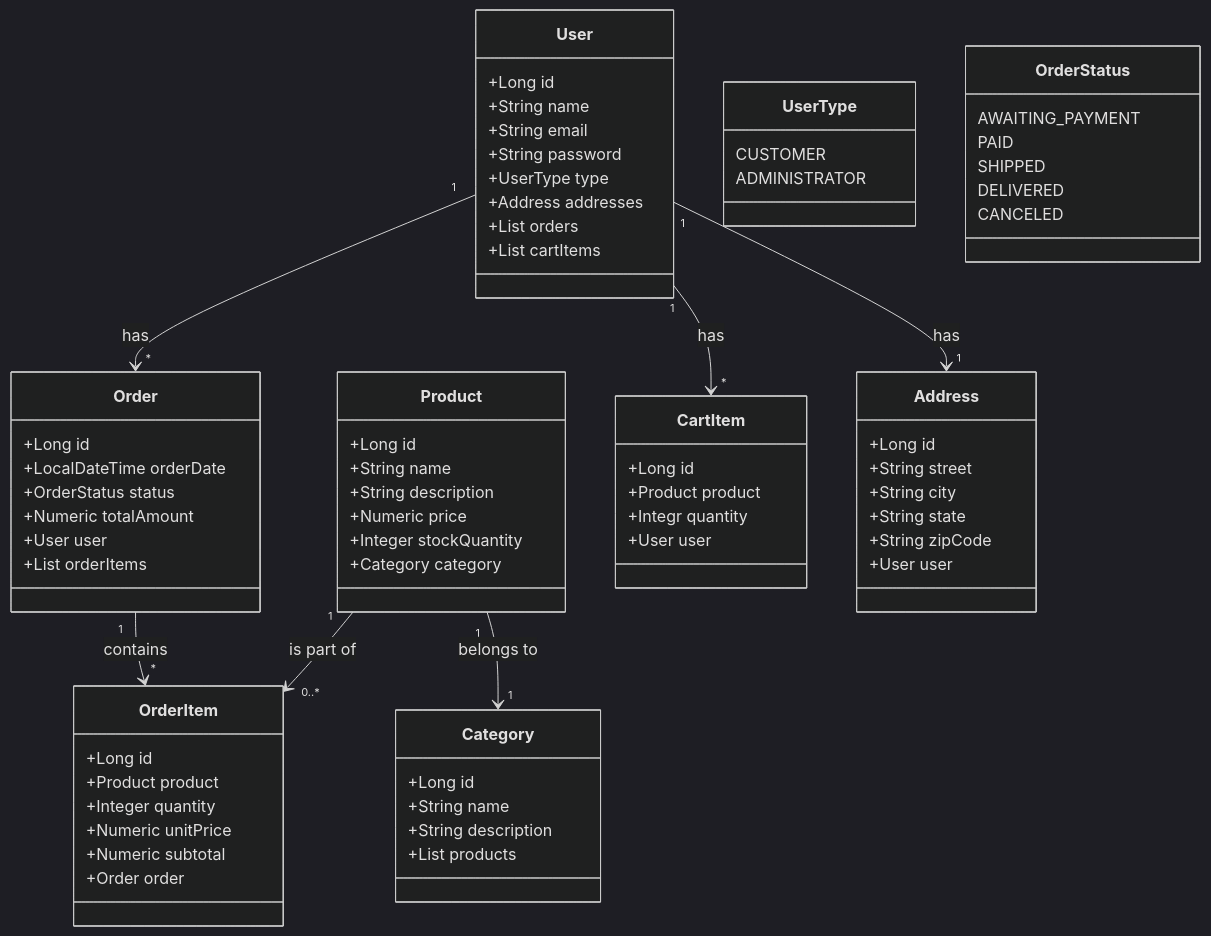
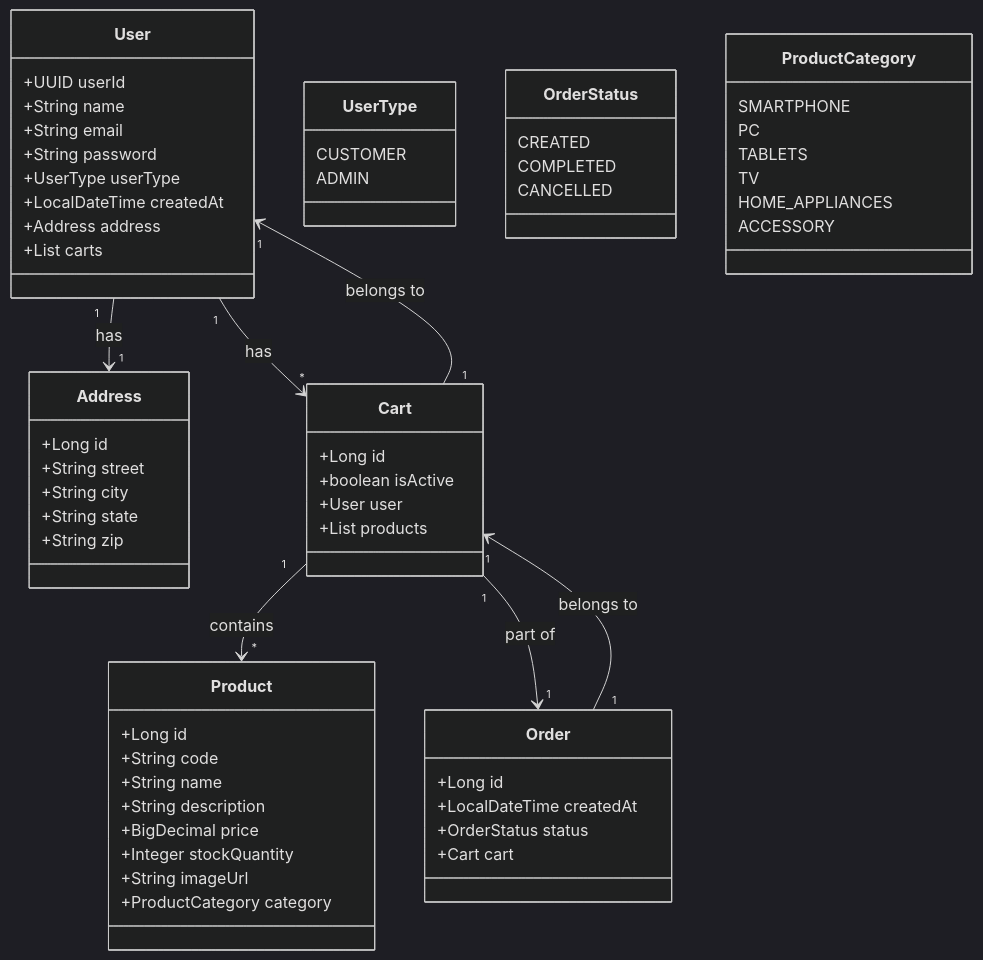
One commit to Wesley00s/RESTFul-Ecommerce-API changed the diagram in README.md. Above: the diagram before and after it, drawn with Mermaid (dark theme). The commit also changed other lines of this file, not shown here.

````diff
--- a/README.md
+++ b/README.md
@@ -6,48 +8,14 @@
 ```mermaid
-  classDiagram
+classDiagram
     class User {
-        +Long id
+        +UUID userId
         +String name
         +String email
         +String password
-        +UserType type
-        +Address addresses
-        +List<Order> orders
-        +List<CartItem> cartItems
-    }
-
-    class Product {
-        +Long id
-        +String name
-        +String description
-        +Numeric price
-        +Integer stockQuantity
-        +Category category
-    }
-
-    class Order {
-        +Long id
-        +LocalDateTime orderDate
-        +OrderStatus status
-        +Numeric totalAmount
-        +User user
-        +List<OrderItem> orderItems
-    }
-
-    class OrderItem {
-        +Long id
-        +Product product
-        +Integer quantity
-        +Numeric unitPrice
-        +Numeric subtotal
-        +Order order
-    }
-
-    class CartItem {
-        +Long id
-        +Product product
-        +Integr quantity
-        +User user
+        +UserType userType
+        +LocalDateTime createdAt
+        +Address address
+        +List<Cart> carts
     }
 
     class Address {
@@ -55,35 +23,59 @@
         +String street
         +String city
         +String state
-        +String zipCode
-        +User user
+        +String zip
     }
 
-    class Category {
+    class Cart {
         +Long id
+        +boolean isActive
+        +User user
+        +List<Product> products
+    }
+
+    class Order {
+        +Long id
+        +LocalDateTime createdAt
+        +OrderStatus status
+        +Cart cart
+    }
+
+    class Product {
+        +Long id
+        +String code
         +String name
         +String description
-        +List<Product> products
+        +BigDecimal price
+        +Integer stockQuantity
+        +String imageUrl
+        +ProductCategory category
     }
 
     class UserType {
         CUSTOMER
-        ADMINISTRATOR
+        ADMIN
     }
 
     class OrderStatus {
-        AWAITING_PAYMENT
-        PAID
-        SHIPPED
-        DELIVERED
-        CANCELED
+        CREATED
+        COMPLETED
+        CANCELLED
     }
 
-    User "1" --> "*" Order : has
+    class ProductCategory {
+        SMARTPHONE
+        PC
+        TABLETS
+        TV
+        HOME_APPLIANCES
+        ACCESSORY
+    }
+
+    %% Relationships
     User "1" --> "1" Address : has
-    User "1" --> "*" CartItem : has
-    Product "1" --> "0..*" OrderItem : is part of
-    Product "1" --> "1" Category : belongs to
-    Order "1" --> "*" OrderItem : contains
-
+    User "1" --> "*" Cart : has
+    Cart "1" --> "*" Product : contains
+    Cart "1" --> "1" User : belongs to
+    Cart "1" --> "1" Order : part of
+    Order "1" --> "1" Cart : belongs to
 ```
````
